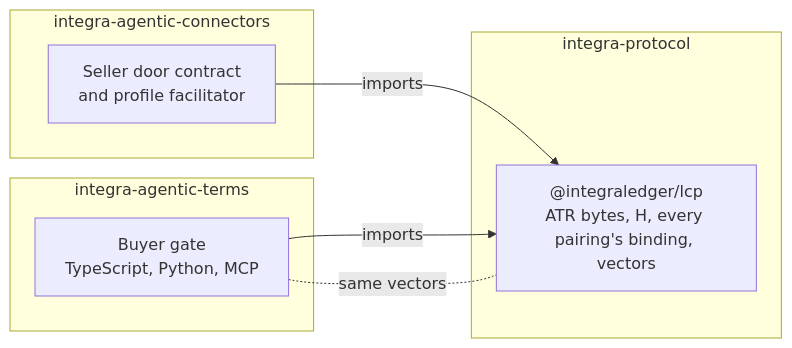
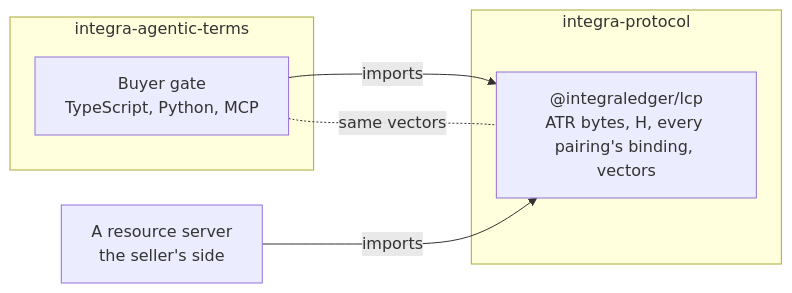
The diagram in README.md (IntegraLedger/integra-protocol), drawn with Mermaid before and after one commit. The commit also changed other lines of this file and 7 other files, not shown here.

First line of the commit message:
docs, lcp tests: describe the seller's side as a resource server, in the profiles' own words

````diff
--- a/README.md
+++ b/README.md
@@ -22,15 +22,13 @@
 ```mermaid
 flowchart LR
   subgraph protocol["integra-protocol"]
     lcp["@integraledger/lcp<br>ATR bytes, H, every pairing's binding, vectors"]
   end
   subgraph terms["integra-agentic-terms"]
     gate["Buyer gate<br>TypeScript, Python, MCP"]
   end
-  subgraph connectors["integra-agentic-connectors"]
-    door["Seller door contract<br>and profile facilitator"]
-  end
+  server["A resource server<br>the seller's side"]
   gate -->|imports| lcp
-  door -->|imports| lcp
+  server -->|imports| lcp
   gate -. "same vectors" .- lcp
 ```
````
